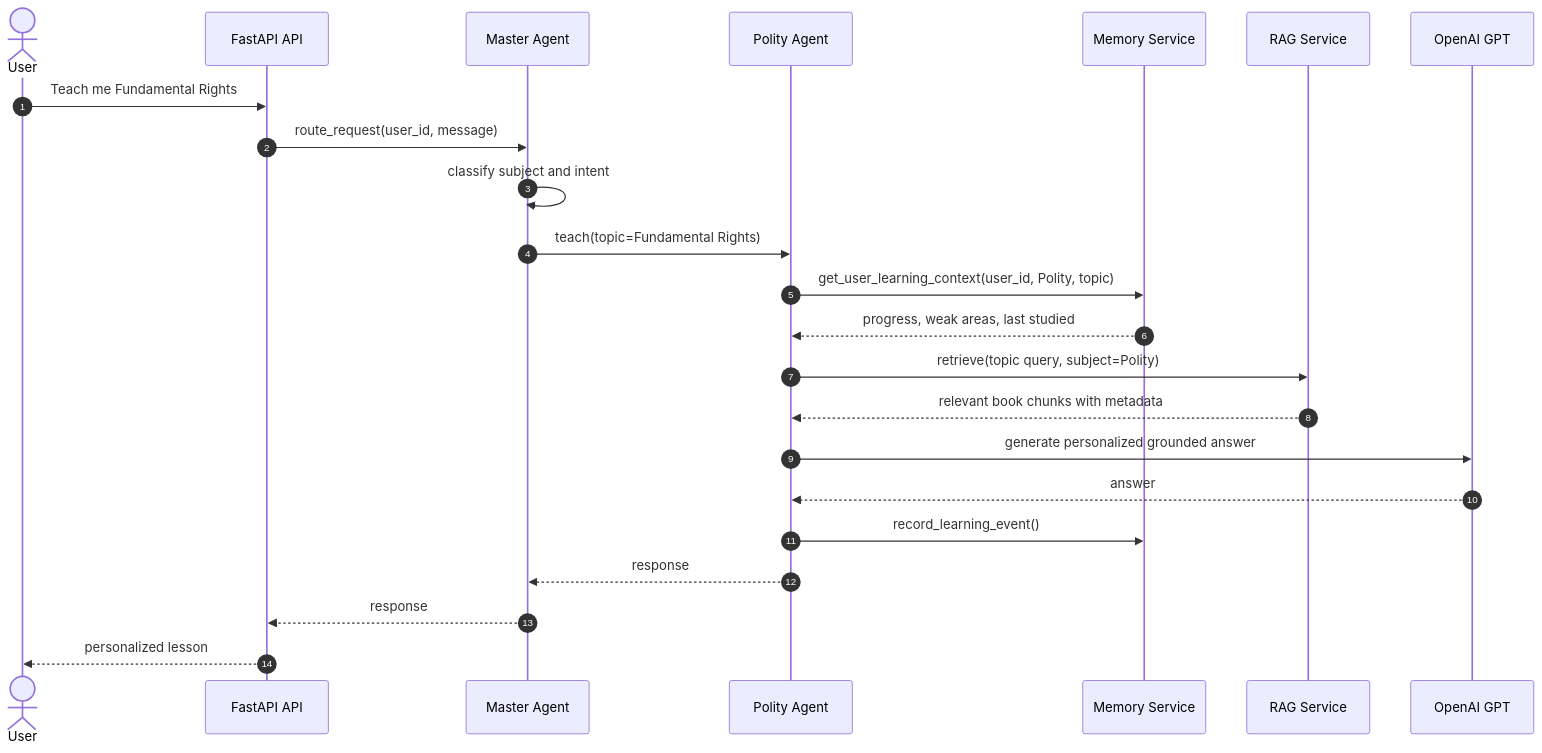
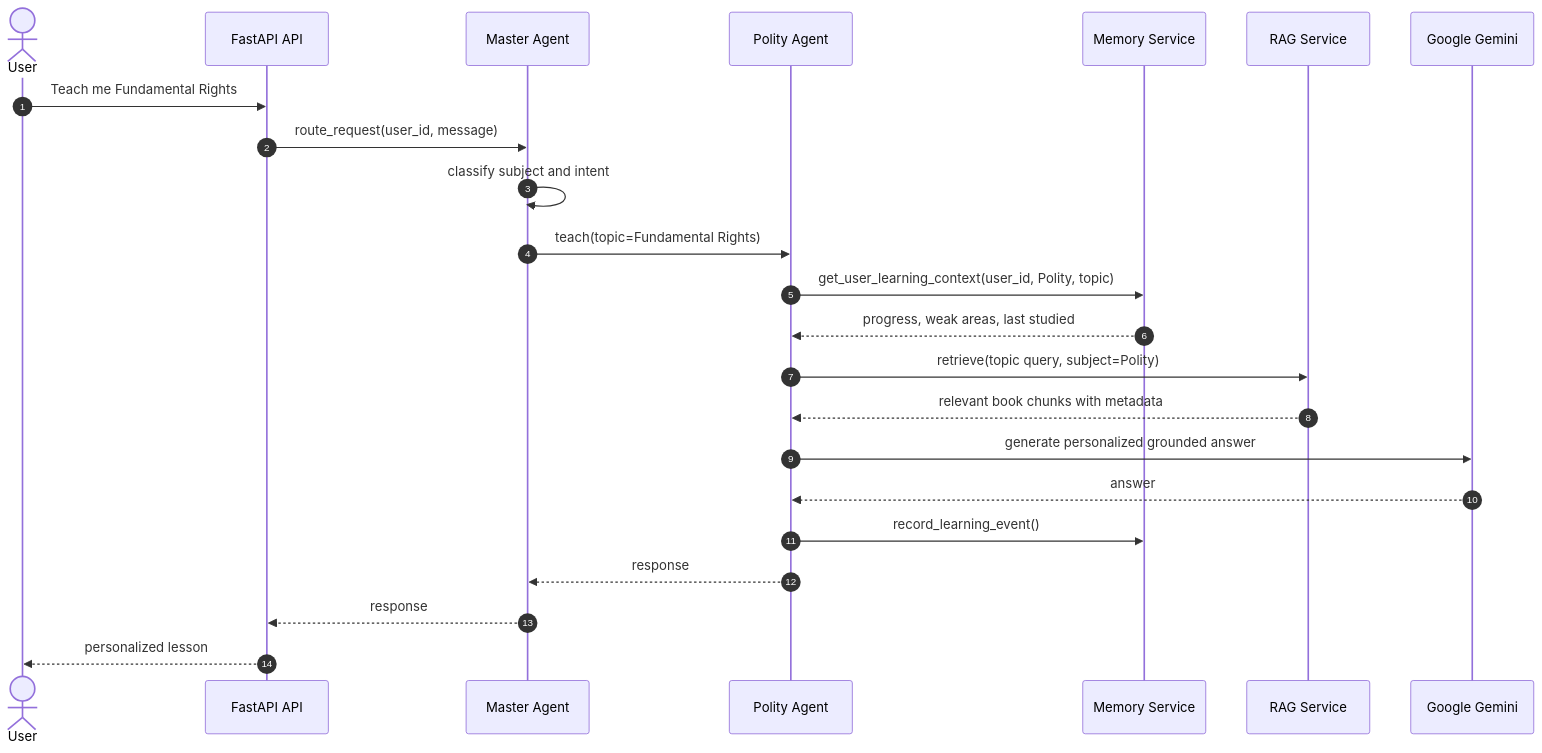
The second of 6 diagrams in docs/ARCHITECTURE.md (dk5488/AI-University), drawn with Mermaid before and after one commit. The commit also changed other lines of this file and 17 other files, not shown here.

Commit message:
B-01: OpenAI API to gemini migration

````diff
--- a/docs/ARCHITECTURE.md
+++ b/docs/ARCHITECTURE.md
@@ -135,26 +135,26 @@
 ```mermaid
 sequenceDiagram
     autonumber
     actor User
     participant API as FastAPI API
     participant Master as Master Agent
     participant Polity as Polity Agent
     participant Memory as Memory Service
     participant RAG as RAG Service
-    participant LLM as OpenAI GPT
+    participant LLM as Google Gemini
 
     User->>API: Teach me Fundamental Rights
     API->>Master: route_request(user_id, message)
     Master->>Master: classify subject and intent
     Master->>Polity: teach(topic=Fundamental Rights)
     Polity->>Memory: get_user_learning_context(user_id, Polity, topic)
     Memory-->>Polity: progress, weak areas, last studied
     Polity->>RAG: retrieve(topic query, subject=Polity)
     RAG-->>Polity: relevant book chunks with metadata
     Polity->>LLM: generate personalized grounded answer
     LLM-->>Polity: answer
     Polity->>Memory: record_learning_event()
     Polity-->>Master: response
     Master-->>API: response
     API-->>User: personalized lesson
 ```
````
